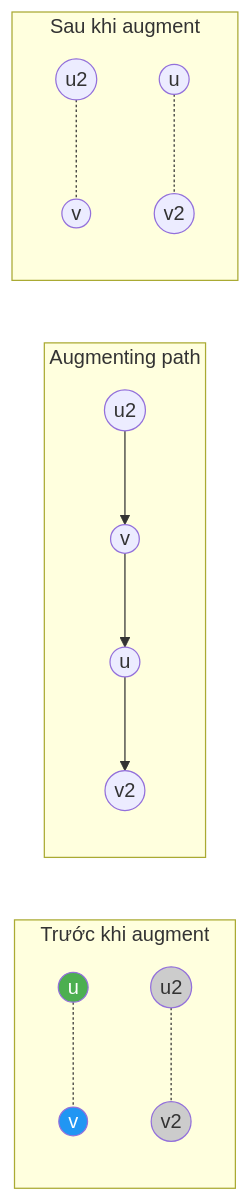
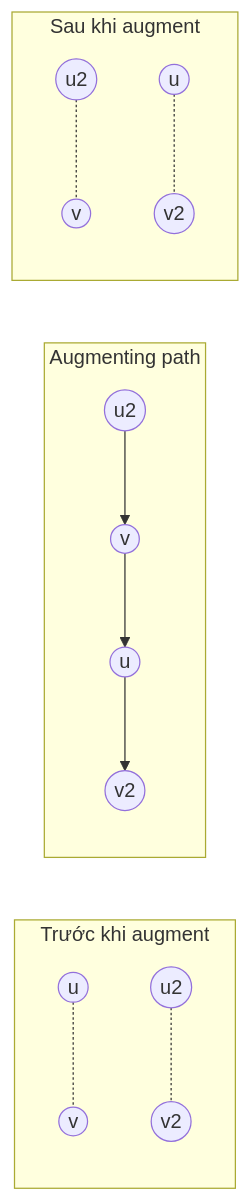
The second of 5 diagrams in docs/lessons/bipartite-matching.md (FPTOJ-OJ/fptoj_wiki), drawn with Mermaid before and after one commit. The commit also changed other lines of this file and 18 other files, not shown here.

First line of the commit message:
fix: LaTeX errors, mermaid theme switching, remove custom colors

````diff
--- a/docs/lessons/bipartite-matching.md
+++ b/docs/lessons/bipartite-matching.md
@@ -98,20 +92,16 @@
 ```mermaid
 graph LR
     subgraph "Trước khi augment"
         A1((u)) -.- B1((v))
         A2((u2)) -.- B2((v2))
     end
     subgraph "Augmenting path"
         A3((u2)) --> B3((v))
         B3 --> A4((u))
         A4 --> B4((v2))
     end
     subgraph "Sau khi augment"
         A5((u2)) -.- B5((v))
         A6((u)) -.- B6((v2))
     end
-    style A1 fill:#4CAF50,color:#fff
-    style B1 fill:#2196F3,color:#fff
-    style A2 fill:#ccc,color:#333
-    style B2 fill:#ccc,color:#333
 ```
````
